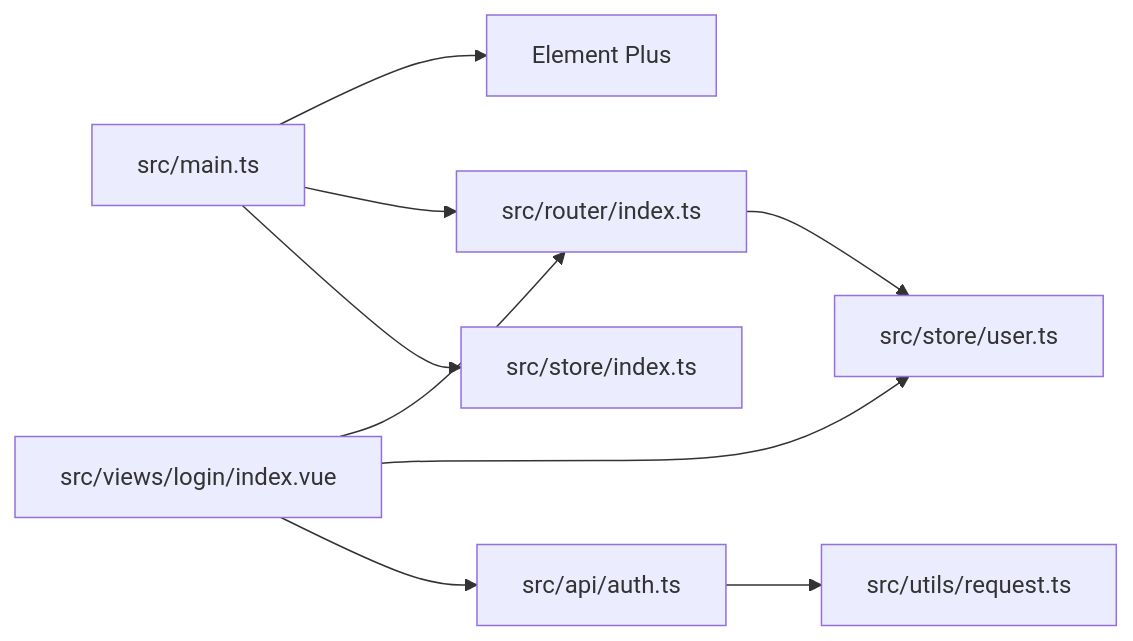
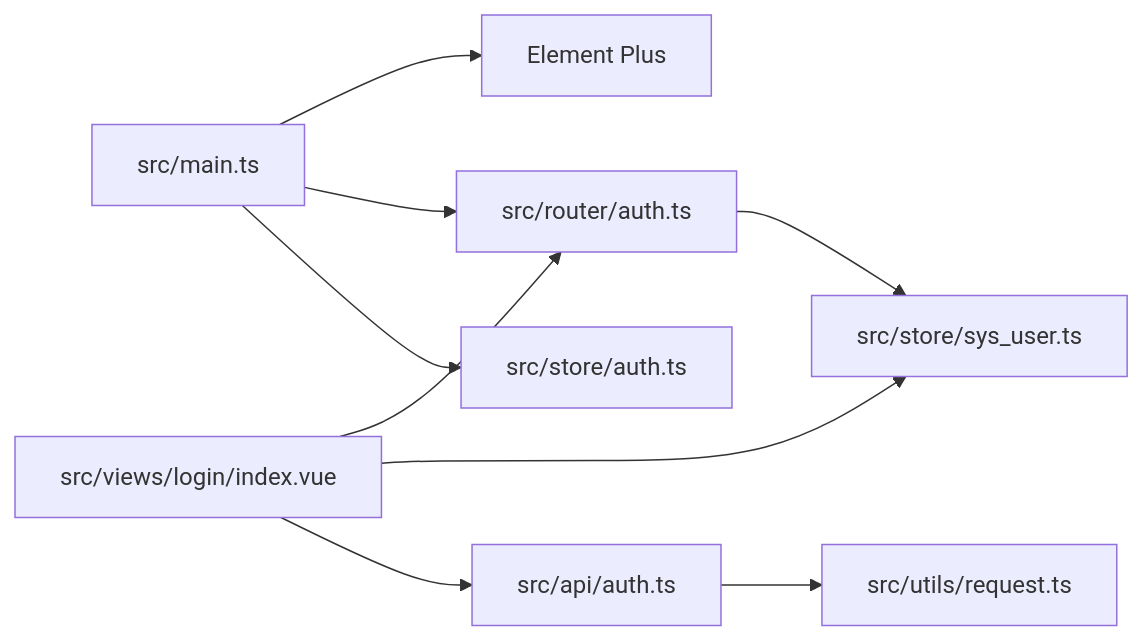
The seventh of 7 diagrams in .qoder/repowiki/zh/content/开发指南/测试指南.md (qiseyun/vue-ts-admin), drawn with Mermaid before and after one commit. The commit also changed other lines of this file and 42 other files, not shown here.

````diff
--- a/.qoder/repowiki/zh/content/开发指南/测试指南.md
+++ b/.qoder/repowiki/zh/content/开发指南/测试指南.md
@@ -289,11 +289,11 @@
 ```mermaid
 graph LR
 MAIN["src/main.ts"] --> EP["Element Plus"]
-MAIN --> ROUTER["src/router/index.ts"]
-MAIN --> PINIA["src/store/index.ts"]
+MAIN --> ROUTER["src/router/auth.ts"]
+MAIN --> PINIA["src/store/auth.ts"]
 LOGIN["src/views/login/index.vue"] --> ROUTER
-LOGIN --> USERSTORE["src/store/user.ts"]
+LOGIN --> USERSTORE["src/store/sys_user.ts"]
 LOGIN --> AUTHAPI["src/api/auth.ts"]
 AUTHAPI --> REQUEST["src/utils/request.ts"]
 ROUTER --> USERSTORE
 ```
````
